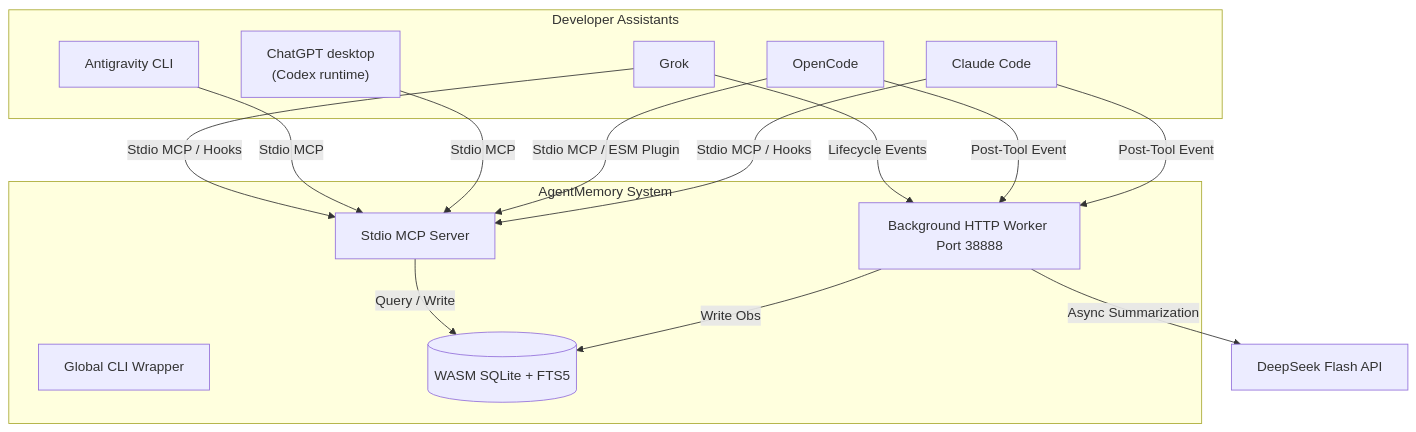
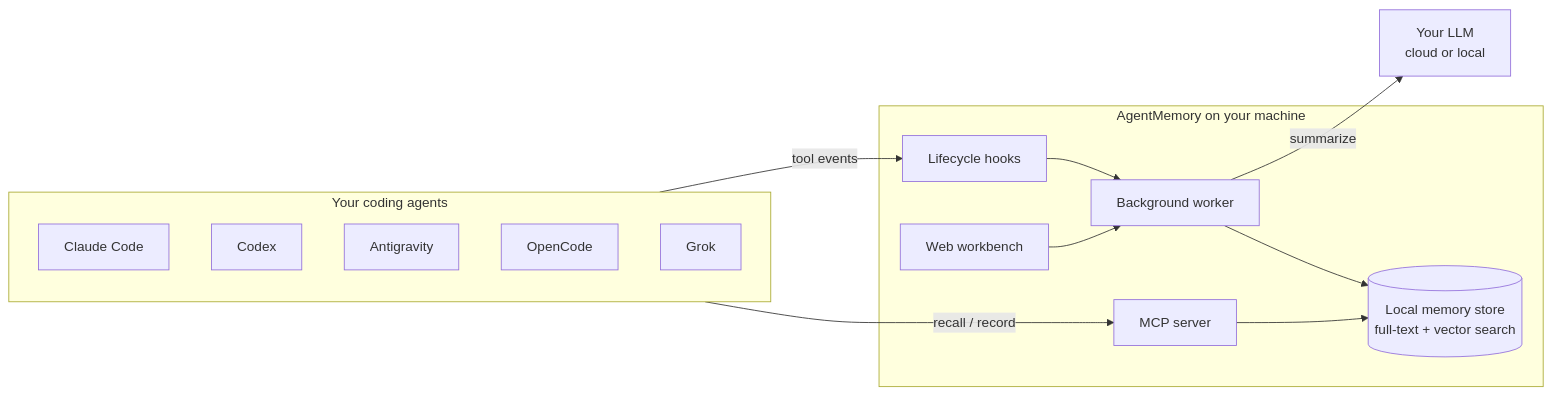
One commit to KuanChen01/AgentMemory changed the diagram in README.md. Above: the diagram before and after it, drawn with Mermaid. The commit also changed other lines of this file and 11 other files, not shown here.

First line of the commit message:
docs(readme): public-beta README, install guide and reference, generic diagram

````diff
--- a/README.md
+++ b/README.md
@@ -24,31 +69,27 @@
 ```mermaid
-graph TD
-    subgraph Clients [Developer Assistants]
+graph LR
+    subgraph Agents [Your coding agents]
         CC[Claude Code]
+        CX[Codex]
+        AG[Antigravity]
         OC[OpenCode]
-        CX["ChatGPT desktop<br/>(Codex runtime)"]
-        AG[Antigravity CLI]
         GK[Grok]
     end
 
-    subgraph AgentMemory Core [AgentMemory System]
-        CLI[Global CLI Wrapper]
-        Worker[Background HTTP Worker Port 38888]
-        MCP[Stdio MCP Server]
-        DB[(WASM SQLite + FTS5)]
+    subgraph Local [AgentMemory on your machine]
+        Hooks[Lifecycle hooks]
+        Worker[Background worker]
+        MCP[MCP server]
+        DB[(Local memory store<br/>full-text + vector search)]
+        UI[Web workbench]
     end
 
-    CC -- Stdio MCP / Hooks --> MCP
-    OC -- Stdio MCP / ESM Plugin --> MCP
-    CX -- Stdio MCP --> MCP
-    AG -- Stdio MCP --> MCP
-    GK -- Stdio MCP / Hooks --> MCP
+    LLM[Your LLM<br/>cloud or local]
 
-    CC -- Post-Tool Event --> Worker
-    OC -- Post-Tool Event --> Worker
-    GK -- Lifecycle Events --> Worker
-
-    Worker -- Async Summarization --> LLM[DeepSeek Flash API]
-    Worker -- Write Obs --> DB
-    MCP -- Query / Write --> DB
+    Agents -- tool events --> Hooks --> Worker
+    Agents -- recall / record --> MCP
+    Worker -- summarize --> LLM
+    Worker --> DB
+    MCP --> DB
+    UI --> Worker
 ```
````
